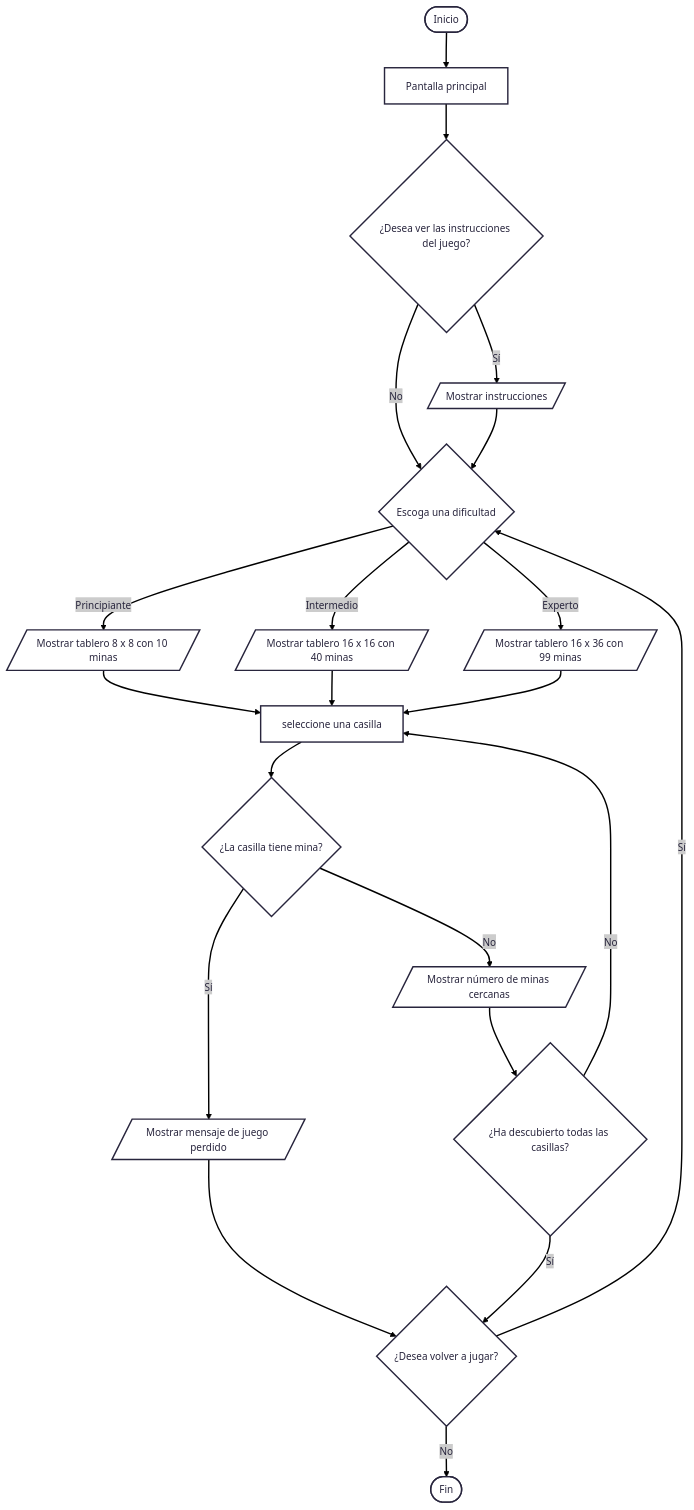
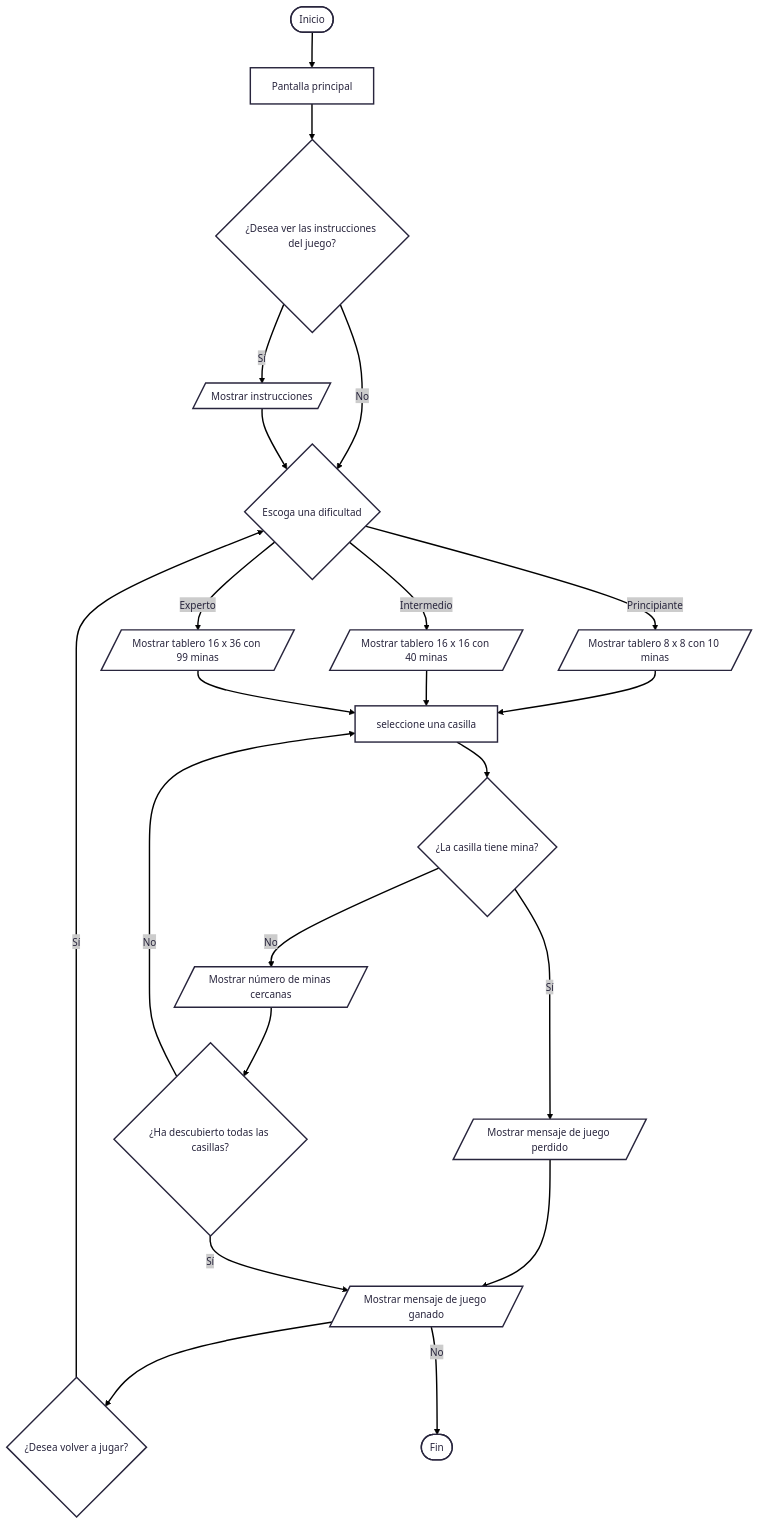
One commit to santiagorinconrodriguez/proyecto-codecraft-buscaminas changed the diagram in README.md. Above: the diagram before and after it, drawn with Mermaid.

Commit message:
Actualización diagrama de flujo del juego

````diff
--- a/README.md
+++ b/README.md
@@ -31,28 +31,29 @@
 ``` mermaid
 ---
 config:
   theme: redux
 ---
 
 flowchart TD
     A(["Inicio"]) --> B[Pantalla principal]
     B --> C{"¿Desea ver las instrucciones del juego?"}
     C -- Sí --> D[/Mostrar instrucciones/]
     C -- No --> F
     D --> F{"Escoga una dificultad"}
     F -- Principiante --> G[/Mostrar tablero 8 x 8 con 10 minas/]
     F -- Intermedio --> H[/Mostrar tablero 16 x 16 con 40 minas/]
     F -- Experto --> I[/Mostrar tablero 16 x 36 con 99 minas/]
     G --> J[seleccione una casilla]
     H --> J
     I --> J
     J --> K{"¿La casilla tiene mina?"}
     K -- Sí --> L[/Mostrar mensaje de juego perdido/]
     L --> O
     K -- No --> M[/Mostrar número de minas cercanas/]
     M --> N{"¿Ha descubierto todas las casillas?"}
     N -- No -->J
-    N -- Sí --> O{"¿Desea volver a jugar?"}
+    N -- Sí --> O[/Mostrar mensaje de juego ganado/]
+    O --> Q{"¿Desea volver a jugar?"}
+    Q -- Sí -->F
     O -- No --> P(["Fin"])
-    O -- Sí --> F
 ```
````
